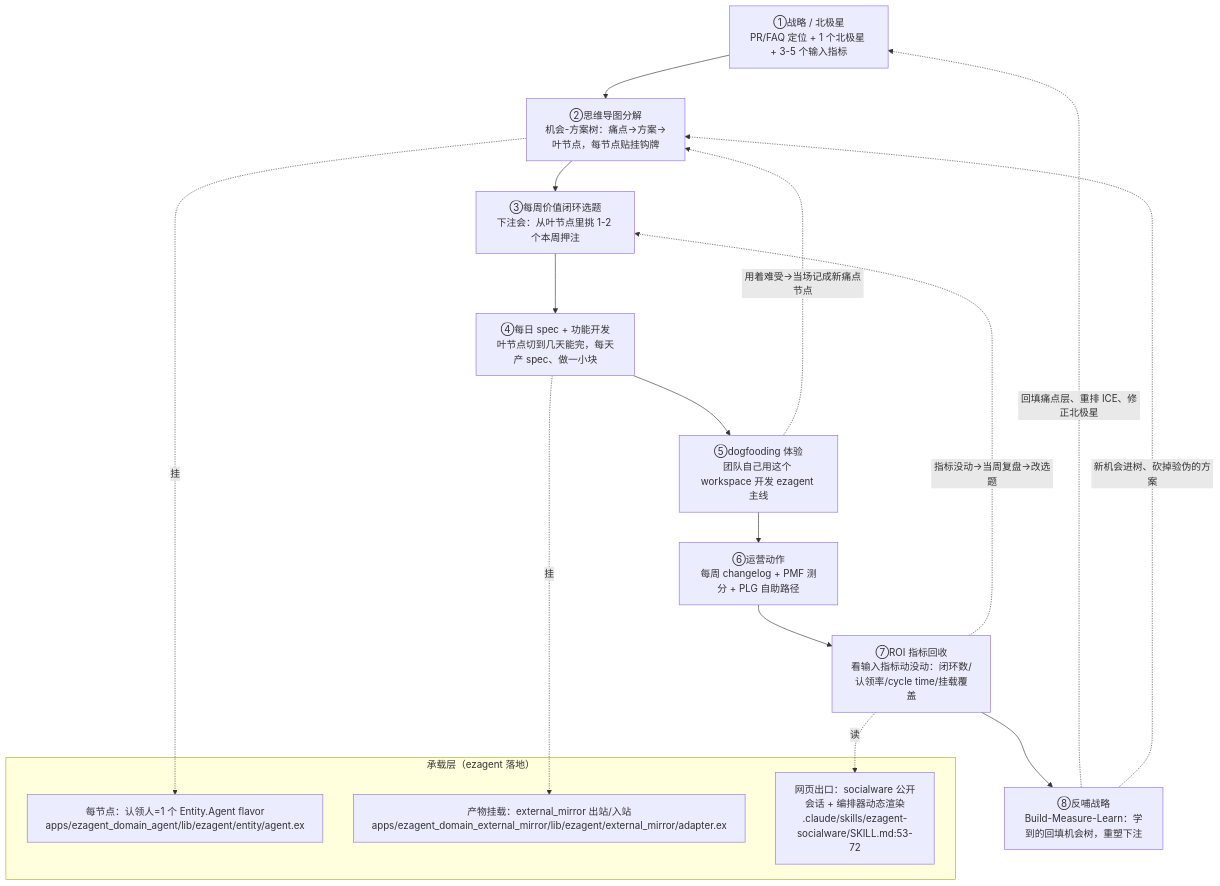
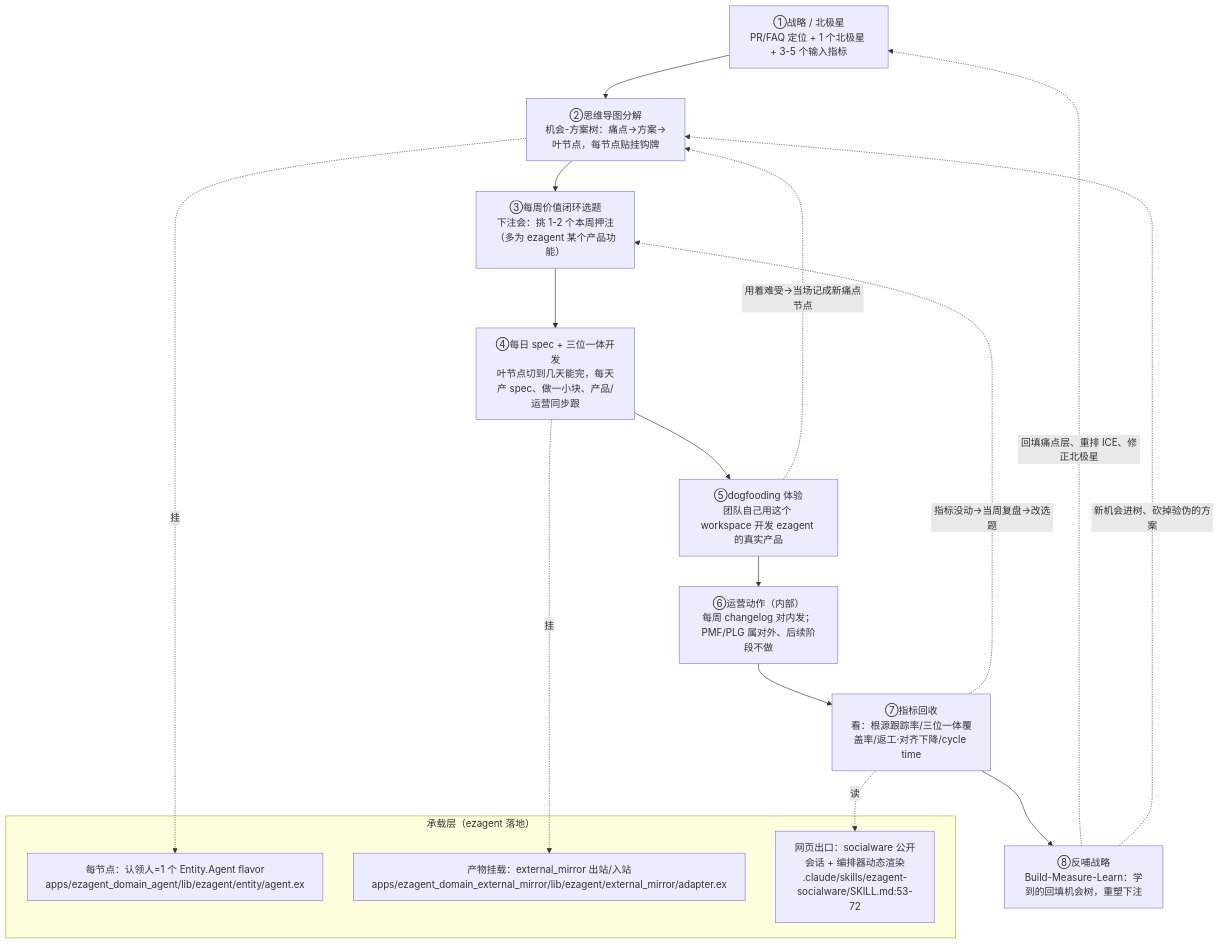
The diagram in docs/discuss/df-prd/02-战略到ROI闭环与案例.md (jjkysy/ezagent-biz), drawn with Mermaid before and after one commit. The commit also changed other lines of this file and 5 other files, not shown here.

````diff
--- a/docs/discuss/df-prd/02-战略到ROI闭环与案例.md
+++ b/docs/discuss/df-prd/02-战略到ROI闭环与案例.md
@@ -42,27 +40,27 @@
 ```mermaid
 flowchart TD
     A["①战略 / 北极星<br/>PR/FAQ 定位 + 1 个北极星 + 3-5 个输入指标"]
     B["②思维导图分解<br/>机会-方案树：痛点→方案→叶节点，每节点贴挂钩牌"]
-    C["③每周价值闭环选题<br/>下注会：从叶节点里挑 1-2 个本周押注"]
-    D["④每日 spec + 功能开发<br/>叶节点切到几天能完，每天产 spec、做一小块"]
-    E["⑤dogfooding 体验<br/>团队自己用这个 workspace 开发 ezagent 主线"]
-    F["⑥运营动作<br/>每周 changelog + PMF 测分 + PLG 自助路径"]
-    G["⑦ROI 指标回收<br/>看输入指标动没动：闭环数/认领率/cycle time/挂载覆盖"]
+    C["③每周价值闭环选题<br/>下注会：挑 1-2 个本周押注（多为 ezagent 某个产品功能）"]
+    D["④每日 spec + 三位一体开发<br/>叶节点切到几天能完，每天产 spec、做一小块、产品/运营同步跟"]
+    E["⑤dogfooding 体验<br/>团队自己用这个 workspace 开发 ezagent 的真实产品"]
+    F["⑥运营动作（内部）<br/>每周 changelog 对内发；PMF/PLG 属对外、后续阶段不做"]
+    G["⑦指标回收<br/>看：根源跟踪率/三位一体覆盖率/返工·对齐下降/cycle time"]
     H["⑧反哺战略<br/>Build-Measure-Learn：学到的回填机会树，重塑下注"]
 
     A --> B --> C --> D --> E --> F --> G --> H
     H -. "回填痛点层、重排 ICE、修正北极星" .-> A
     H -. "新机会进树、砍掉验伪的方案" .-> B
     G -. "指标没动→当周复盘→改选题" .-> C
     E -. "用着难受→当场记成新痛点节点" .-> B
 
     subgraph 承载["承载层（ezagent 落地）"]
         I["每节点：认领人=1 个 Entity.Agent flavor<br/>apps/ezagent_domain_agent/lib/ezagent/entity/agent.ex"]
         J["产物挂载：external_mirror 出站/入站<br/>apps/ezagent_domain_external_mirror/lib/ezagent/external_mirror/adapter.ex"]
         K["网页出口：socialware 公开会话 + 编排器动态渲染<br/>.claude/skills/ezagent-socialware/SKILL.md:53-72"]
     end
 
     B -.挂.-> I
     D -.挂.-> J
     G -.读.-> K
 ```
````
